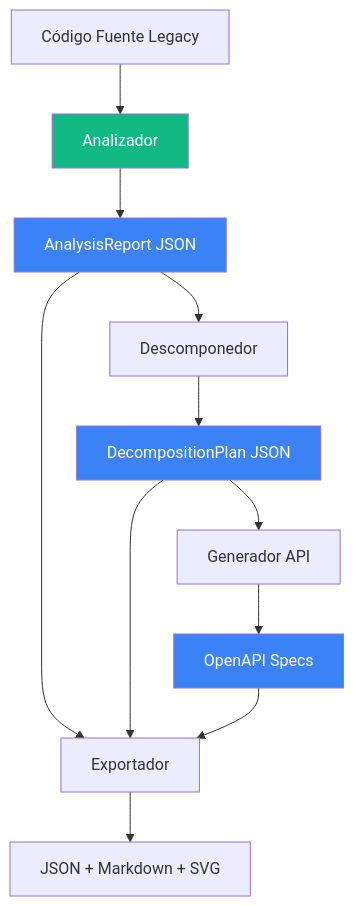
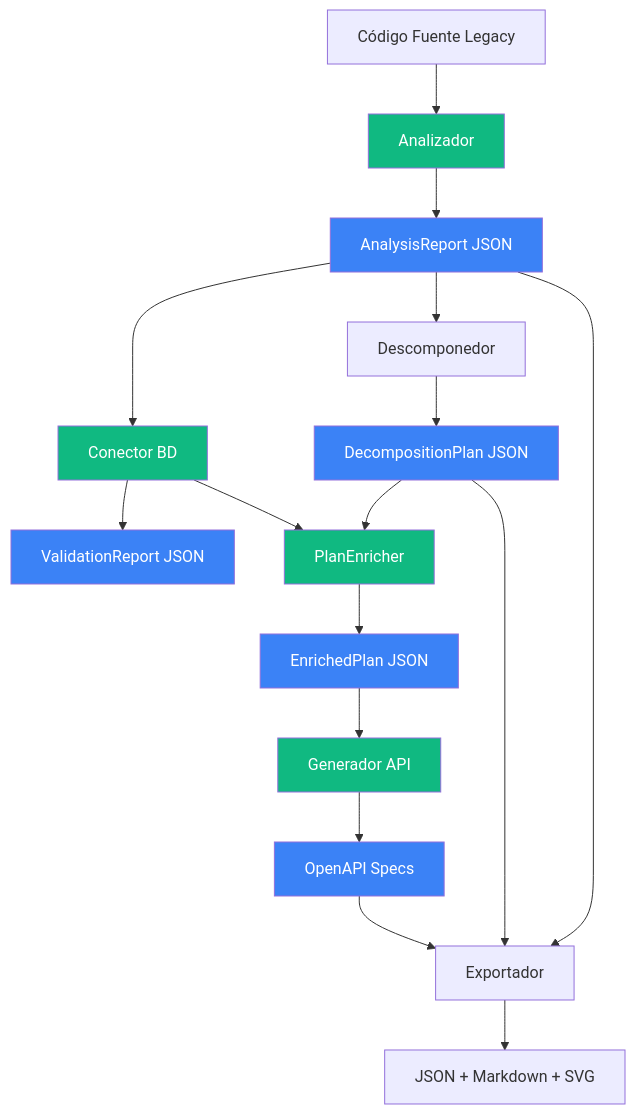
Before and after one commit to preyesc/erp-modernization-toolkit: the first of 10 diagrams in docs/architecture.md, drawn with Mermaid. The commit also changed other lines of this file and 107 other files, not shown here.

````diff
--- a/docs/architecture.md
+++ b/docs/architecture.md
@@ -7,18 +7,28 @@
 ```mermaid
 graph TD
     INPUT[Código Fuente Legacy] --> ANALYZER[Analizador]
     ANALYZER --> REPORT[AnalysisReport JSON]
+    REPORT --> DBCONN[Conector BD]
+    DBCONN --> VALREPORT[ValidationReport JSON]
     REPORT --> DECOMPOSER[Descomponedor]
     DECOMPOSER --> PLAN[DecompositionPlan JSON]
-    PLAN --> APIGEN[Generador API]
+    PLAN --> ENRICHER[PlanEnricher]
+    DBCONN --> ENRICHER
+    ENRICHER --> EPLAN[EnrichedPlan JSON]
+    EPLAN --> APIGEN[Generador API]
     APIGEN --> SPECS[OpenAPI Specs]
     REPORT --> EXPORTER[Exportador]
     PLAN --> EXPORTER
     SPECS --> EXPORTER
     EXPORTER --> OUTPUT[JSON + Markdown + SVG]
 
     style ANALYZER fill:#10B981,color:#fff
+    style DBCONN fill:#10B981,color:#fff
+    style ENRICHER fill:#10B981,color:#fff
+    style APIGEN fill:#10B981,color:#fff
     style REPORT fill:#3B82F6,color:#fff
+    style VALREPORT fill:#3B82F6,color:#fff
     style PLAN fill:#3B82F6,color:#fff
+    style EPLAN fill:#3B82F6,color:#fff
     style SPECS fill:#3B82F6,color:#fff
 ```
````
